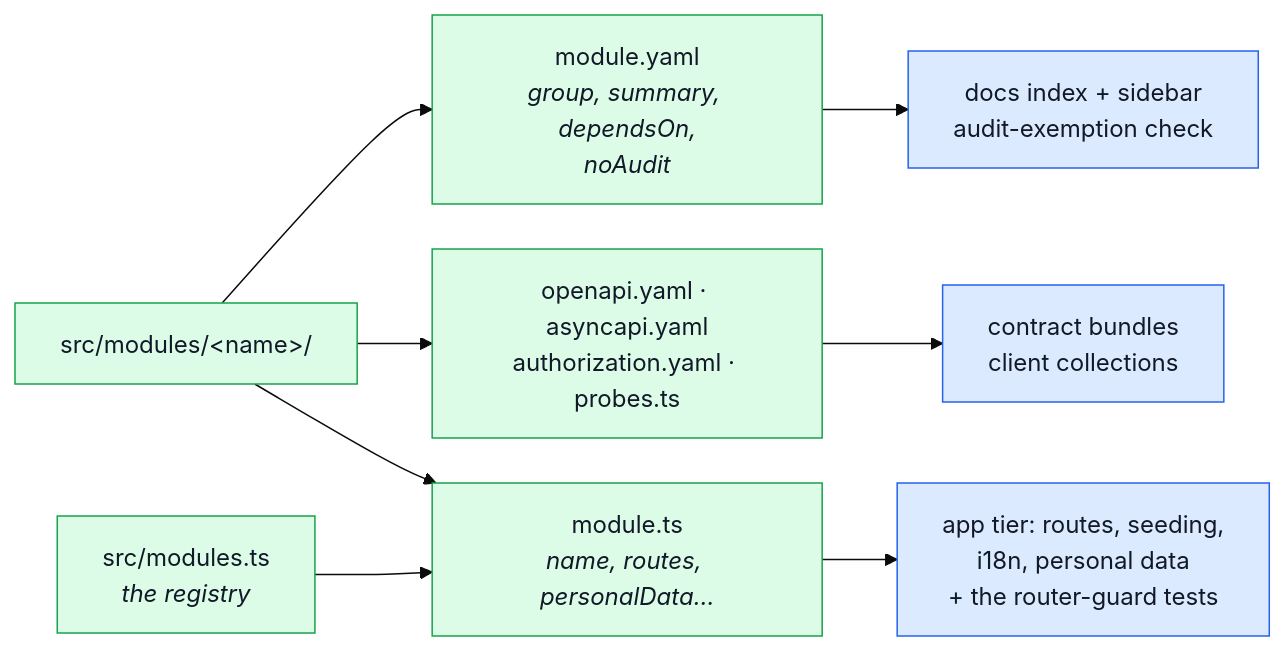
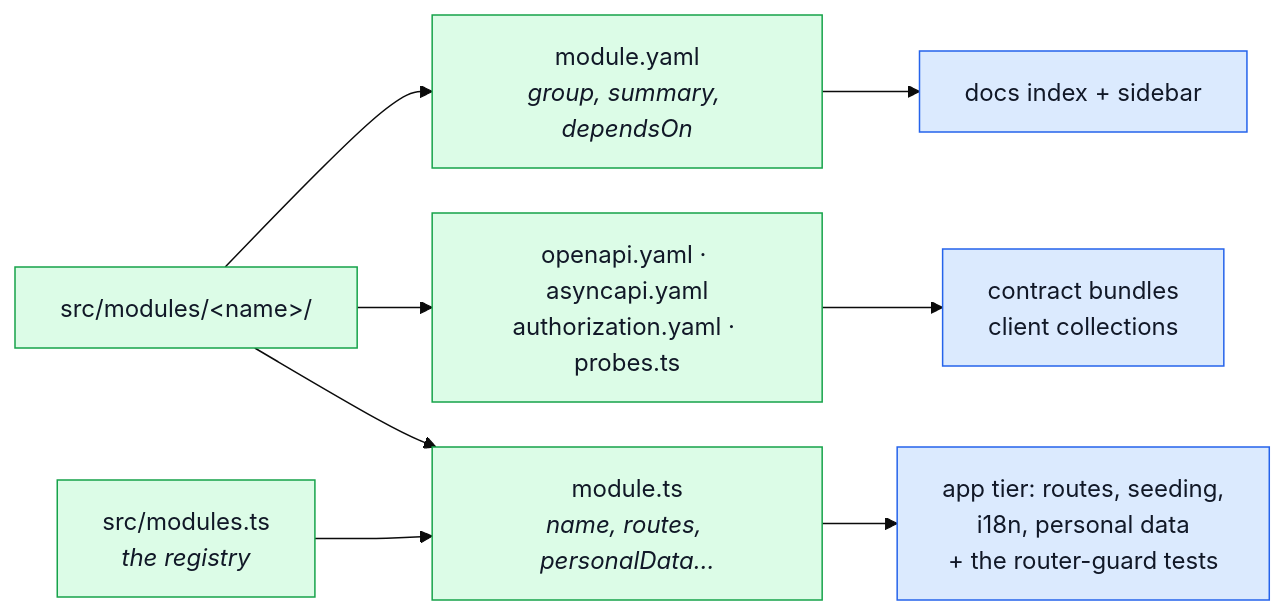
The first of 5 diagrams in docs/theory/module-lifecycle.md (Guebbit/boilerplate-node-backend), drawn with Mermaid (base theme) before and after one commit. The commit also changed other lines of this file and 29 other files, not shown here.

````diff
--- a/docs/theory/module-lifecycle.md
+++ b/docs/theory/module-lifecycle.md
@@ -23,15 +23,15 @@
 ```mermaid
 %%{init: {'flowchart': {'nodeSpacing': 30, 'rankSpacing': 50}}}%%
 flowchart LR
-    M["src/modules/&lt;name&gt;/"] --> Y["module.yaml<br/><i>group, summary, dependsOn,<br/>noAudit</i>"]
+    M["src/modules/&lt;name&gt;/"] --> Y["module.yaml<br/><i>group, summary, dependsOn</i>"]
     M --> F["openapi.yaml · asyncapi.yaml<br/>authorization.yaml · probes.ts"]
     M --> T["module.ts<br/><i>name, routes, personalData…</i>"]
     R["src/modules.ts<br/><i>the registry</i>"] --> T
-    Y --> D["docs index + sidebar<br/>audit-exemption check"]
+    Y --> D["docs index + sidebar"]
     F --> B["contract bundles<br/>client collections"]
     T --> A["app tier: routes, seeding,<br/>i18n, personal data<br/>+ the router-guard tests"]
     classDef own fill:#dcfce7,stroke:#16a34a,color:#111827;
     classDef read fill:#dbeafe,stroke:#2563eb,color:#111827;
     class M,Y,F,T,R own;
     class D,B,A read;
 ```
````
